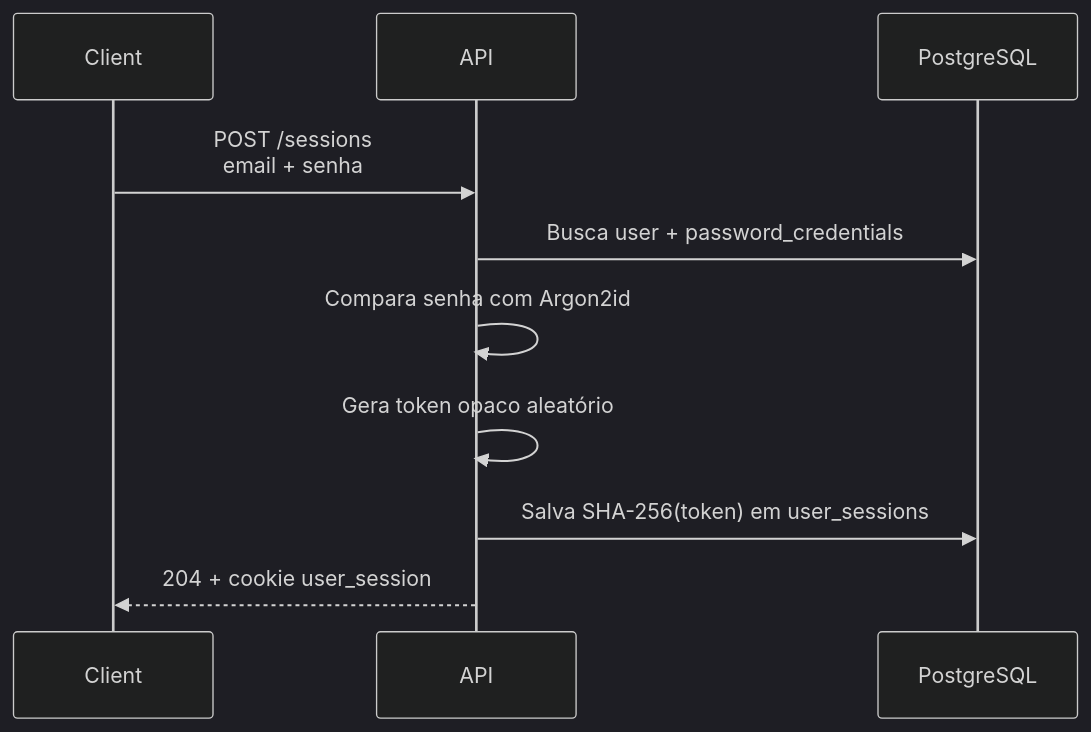
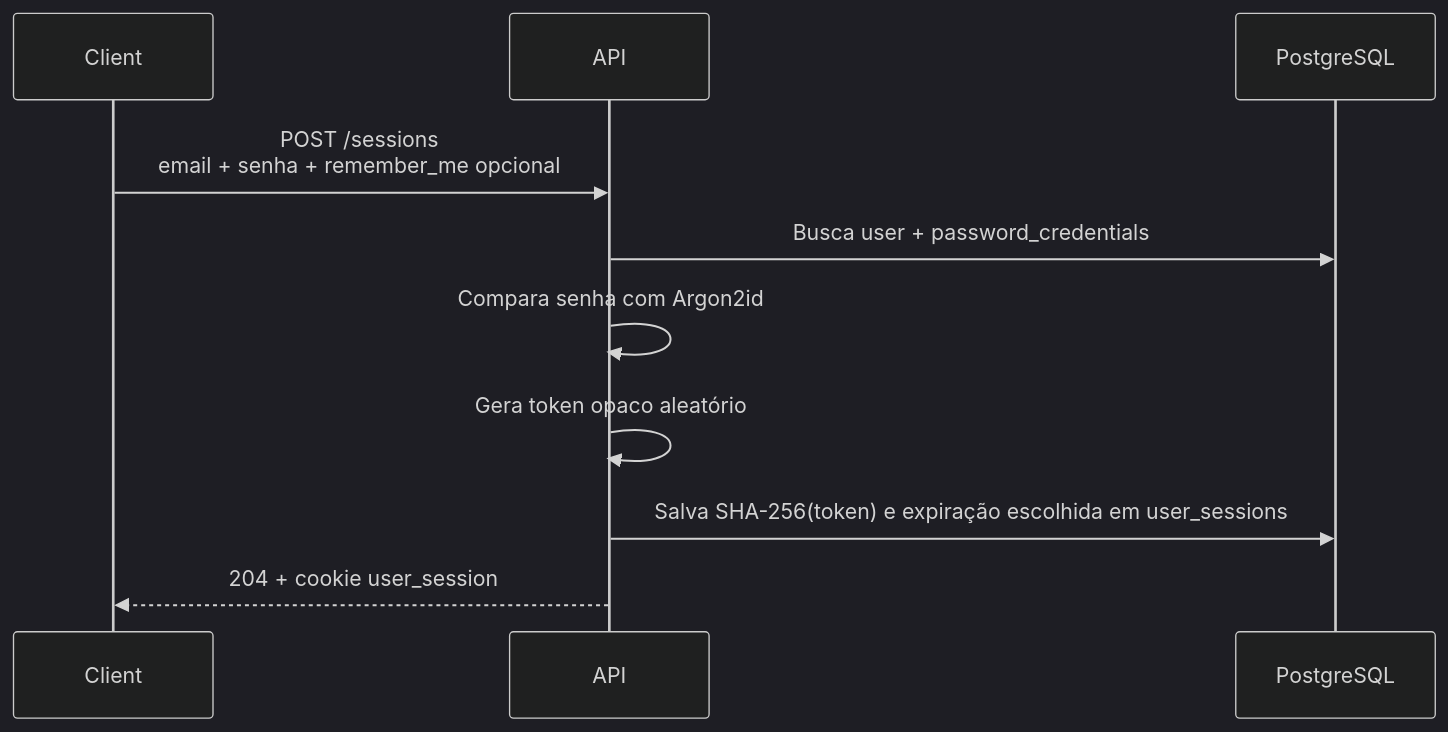
Before and after one commit to fredsaggio/shortbit: the fourth of 10 diagrams in docs/authentication.md, drawn with Mermaid (dark theme). The commit also changed other lines of this file and 2 other files, not shown here.

Commit message:
feat(authentication): update session handling with optional remember_me support and enhance documentation

````diff
--- a/docs/authentication.md
+++ b/docs/authentication.md
@@ -84,13 +84,13 @@
 ```mermaid
 sequenceDiagram
     participant Client
     participant API
     participant DB as PostgreSQL
 
-    Client->>API: POST /sessions<br/>email + senha
+    Client->>API: POST /sessions<br/>email + senha + remember_me opcional
     API->>DB: Busca user + password_credentials
     API->>API: Compara senha com Argon2id
     API->>API: Gera token opaco aleatório
-    API->>DB: Salva SHA-256(token) em user_sessions
+    API->>DB: Salva SHA-256(token) e expiração escolhida em user_sessions
     API-->>Client: 204 + cookie user_session
 ```
````
